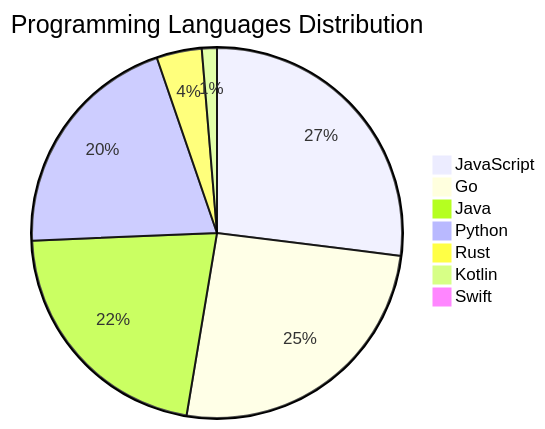
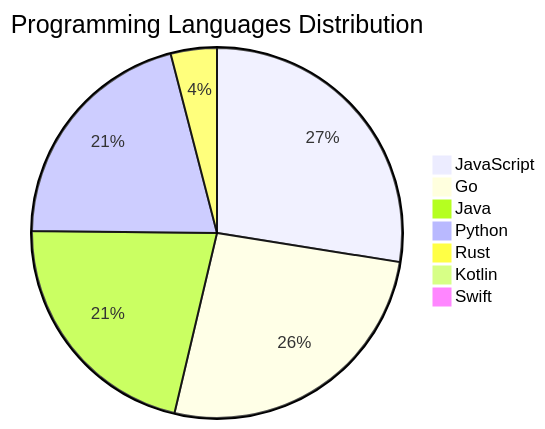
One commit to Derrick-MUGISHA/github-activity-bot changed the diagram in README.md. Above: the diagram before and after it, drawn with Mermaid. The commit also changed other lines of this file and 4 other files, not shown here.

````diff
--- a/README.md
+++ b/README.md
@@ -207,10 +207,10 @@
 ```mermaid
 pie title Programming Languages Distribution
     "JavaScript" : 41
     "Go" : 39
-    "Java" : 33
+    "Java" : 32
     "Python" : 31
     "Rust" : 6
-    "Kotlin" : 2
+    "Kotlin" : 1
     "Swift" : 1
 ```
````
